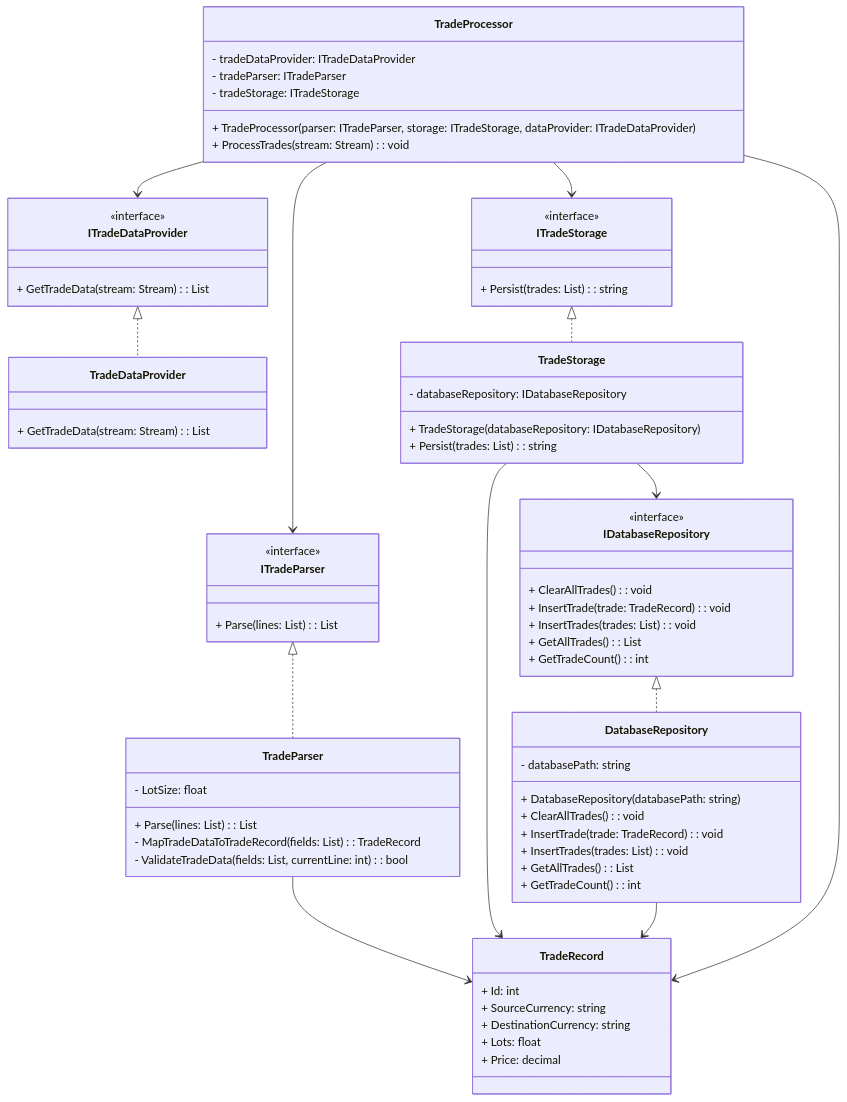
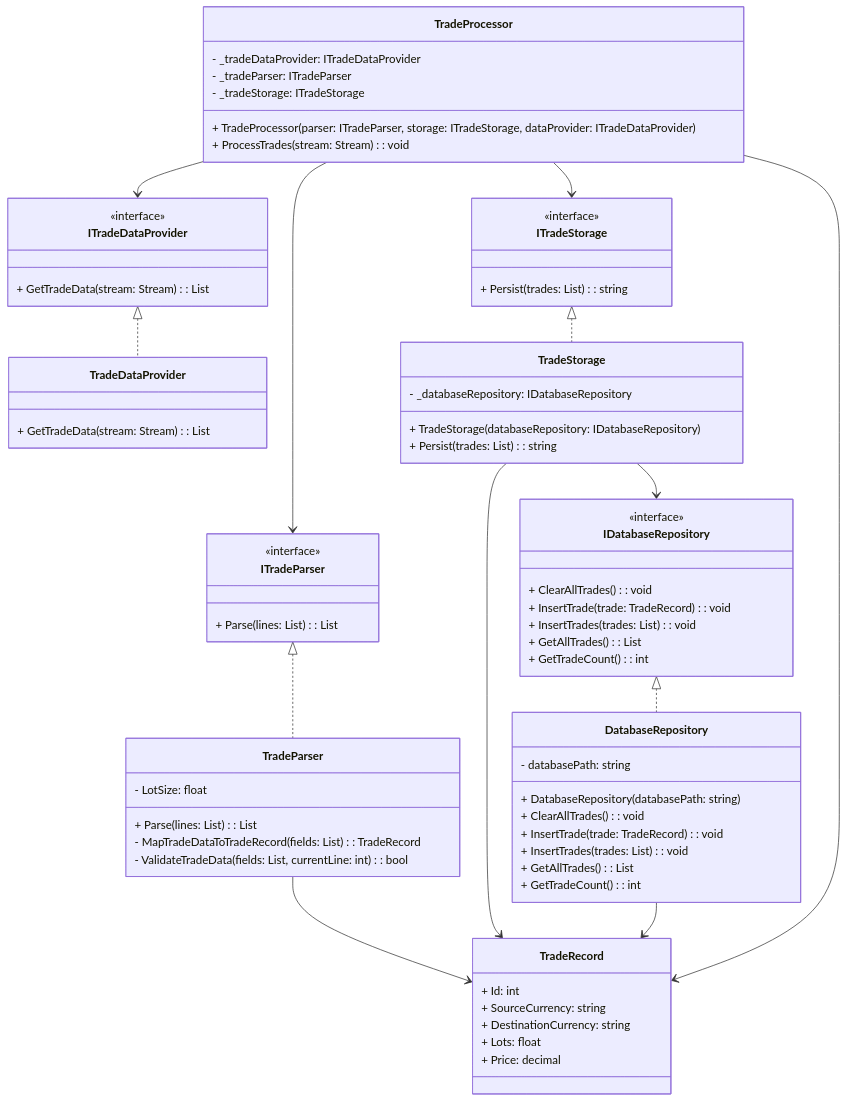
The diagram in solid-project-1/After.mmd (Shane-Wilson-class/solid-project-1), drawn with Mermaid before and after one commit. The commit also changed 1 other file, not shown here.

Commit message:
Refactor After.mmd and README.md to update variable names for TradeStorage and TradeProcessor classes, enhancing clarity and consistency in the diagrams.

```diff
--- a/solid-project-1/After.mmd
+++ b/solid-project-1/After.mmd
@@ -1,75 +1,75 @@
 classDiagram
 direction TB
 class ITradeDataProvider {
   <<interface>>
   + GetTradeData(stream: Stream): List
 }
 class ITradeParser {
   <<interface>>
   + Parse(lines: List): List
 }
 class ITradeStorage {
   <<interface>>
   + Persist(trades: List): string
 }
 class IDatabaseRepository {
   <<interface>>
   + ClearAllTrades(): void
   + InsertTrade(trade: TradeRecord): void
   + InsertTrades(trades: List): void
   + GetAllTrades(): List
   + GetTradeCount(): int
 }
 
 class TradeDataProvider {
   + GetTradeData(stream: Stream): List
 }
 class TradeParser {
   - LotSize: float
   + Parse(lines: List): List
   - MapTradeDataToTradeRecord(fields: List): TradeRecord
   - ValidateTradeData(fields: List, currentLine: int): bool
 }
 class TradeStorage {
-  - databaseRepository: IDatabaseRepository
+  - _databaseRepository: IDatabaseRepository
   + TradeStorage(databaseRepository: IDatabaseRepository)
   + Persist(trades: List): string
 }
 class DatabaseRepository {
   - databasePath: string
   + DatabaseRepository(databasePath: string)
   + ClearAllTrades(): void
   + InsertTrade(trade: TradeRecord): void
   + InsertTrades(trades: List): void
   + GetAllTrades(): List
   + GetTradeCount(): int
 }
 class TradeProcessor {
-  - tradeDataProvider: ITradeDataProvider
-  - tradeParser: ITradeParser
-  - tradeStorage: ITradeStorage
+  - _tradeDataProvider: ITradeDataProvider
+  - _tradeParser: ITradeParser
+  - _tradeStorage: ITradeStorage
   + TradeProcessor(parser: ITradeParser, storage: ITradeStorage, dataProvider: ITradeDataProvider)
   + ProcessTrades(stream: Stream): void
 }
 class TradeRecord {
   + Id: int
   + SourceCurrency: string
   + DestinationCurrency: string
   + Lots: float
   + Price: decimal
 }
 
 ITradeDataProvider <|.. TradeDataProvider
 ITradeParser <|.. TradeParser
 ITradeStorage <|.. TradeStorage
 IDatabaseRepository <|.. DatabaseRepository
 
 TradeProcessor --> ITradeDataProvider
 TradeProcessor --> ITradeParser
 TradeProcessor --> ITradeStorage
 TradeStorage --> IDatabaseRepository
 
 TradeParser --> TradeRecord
 TradeStorage --> TradeRecord
 DatabaseRepository --> TradeRecord
 TradeProcessor --> TradeRecord
```
